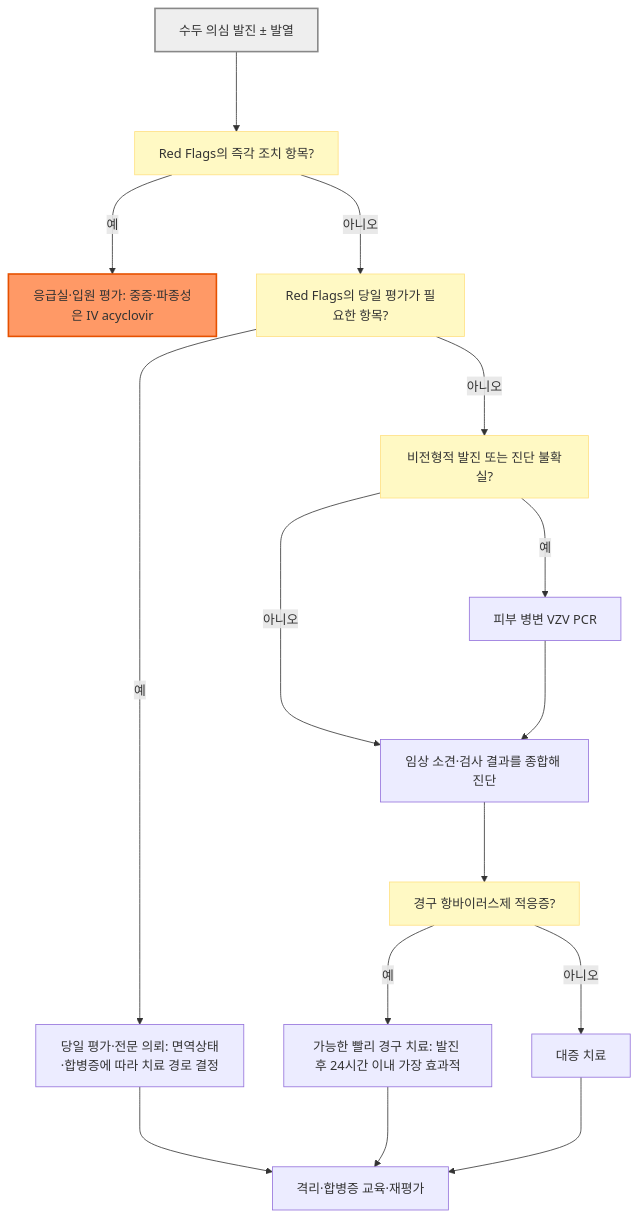
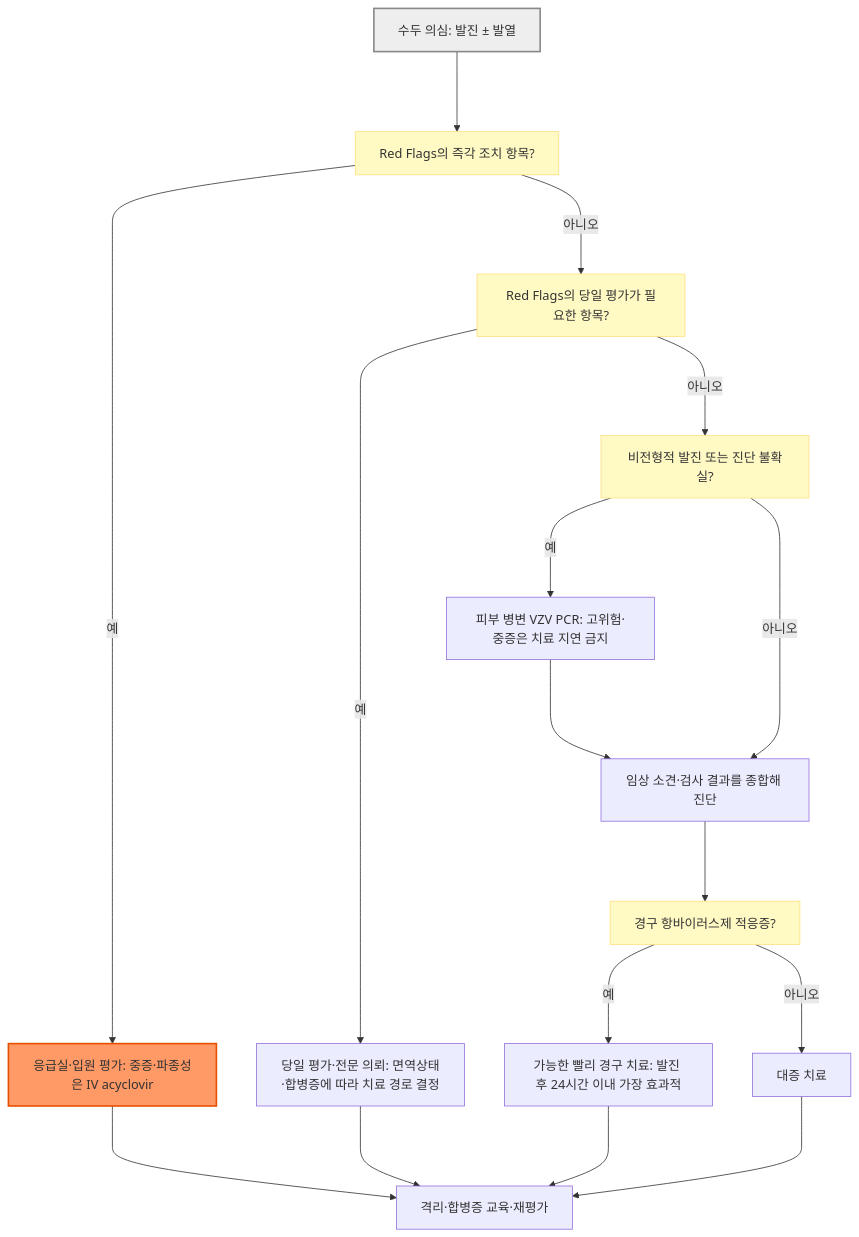
Before and after one commit to familyoh77/familyoh77: the diagram in 229_/179_-varicella.md, drawn with Mermaid. The commit also changed other lines of this file and 10 other files, not shown here.

````diff
--- a/229_/179_-varicella.md
+++ b/229_/179_-varicella.md
@@ -103,24 +113,25 @@
 ```mermaid
 graph TD
-    A["수두 의심 발진 ± 발열"] ---> B["Red Flags의 즉각 조치 항목?"]
+    A["수두 의심: 발진 ± 발열"] ---> B["Red Flags의 즉각 조치 항목?"]
     B --->|예| C["응급실·입원 평가: 중증·파종성은 IV acyclovir"]
     B --->|아니오| D["Red Flags의 당일 평가가 필요한 항목?"]
     D --->|예| E["당일 평가·전문 의뢰: 면역상태·합병증에 따라 치료 경로 결정"]
     D --->|아니오| F["비전형적 발진 또는 진단 불확실?"]
-    F --->|예| G["피부 병변 VZV PCR"]
+    F --->|예| G["피부 병변 VZV PCR: 고위험·중증은 치료 지연 금지"]
     F --->|아니오| H["임상 소견·검사 결과를 종합해 진단"]
     G ---> H
     H ---> I["경구 항바이러스제 적응증?"]
     I --->|예| J["가능한 빨리 경구 치료: 발진 후 24시간 이내 가장 효과적"]
     I --->|아니오| K["대증 치료"]
     E ---> L["격리·합병증 교육·재평가"]
+    C ---> L
     J ---> L
     K ---> L
 
     style A fill:#eeeeee,stroke:#888888,stroke-width:2px
     style C fill:#f96,stroke:#e65100,stroke-width:2px
     style B fill:#fff9c4,stroke:#ffe082
     style D fill:#fff9c4,stroke:#ffe082
     style F fill:#fff9c4,stroke:#ffe082
     style I fill:#fff9c4,stroke:#ffe082
 ```
````
